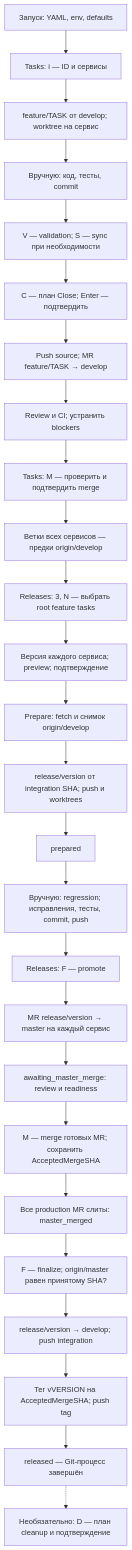
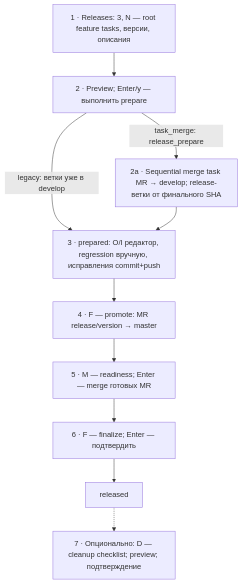
One commit to D1ssolve/wtui changed the second of 3 diagrams in docs/workflows.md. Above: the diagram before and after it, drawn with Mermaid. The commit also changed other lines of this file and 66 other files, not shown here.

First line of the commit message:
feat: implement task merge retry functionality in TUI

````diff
--- a/docs/workflows.md
+++ b/docs/workflows.md
@@ -23,28 +37,12 @@
 ```mermaid
 flowchart TD
-    A["Запуск: YAML, env, defaults"] --> B["Tasks: i — ID и сервисы"]
-    B --> C["feature/TASK от develop; worktree на сервис"]
-    C --> D["Вручную: код, тесты, commit"]
-    D --> E["V — validation; S — sync при необходимости"]
-    E --> F["C — план Close; Enter — подтвердить"]
-    F --> G["Push source; MR feature/TASK → develop"]
-    G --> H["Review и CI; устранить blockers"]
-    H --> I["Tasks: M — проверить и подтвердить merge"]
-    I --> J["Ветки всех сервисов — предки origin/develop"]
-    J --> K["Releases: 3, N — выбрать root feature tasks"]
-    K --> L["Версия каждого сервиса; preview; подтверждение"]
-    L --> M["Prepare: fetch и снимок origin/develop"]
-    M --> N["release/version от integration SHA; push и worktrees"]
-    N --> O["prepared"]
-    O --> P["Вручную: regression; исправления, тесты, commit, push"]
-    P --> Q["Releases: F — promote"]
-    Q --> R["MR release/version → master на каждый сервис"]
-    R --> S["awaiting_master_merge: review и readiness"]
-    S --> T["M — merge готовых MR; сохранить AcceptedMergeSHA"]
-    T --> U["Все production MR слиты: master_merged"]
-    U --> V["F — finalize; origin/master равен принятому SHA?"]
-    V --> W["release/version → develop; push integration"]
-    W --> X["Тег vVERSION на AcceptedMergeSHA; push tag"]
-    X --> Y["released — Git-процесс завершён"]
-    Y -.-> Z["Необязательно: D — план cleanup и подтверждение"]
+    R1["1 · Releases: 3, N — root feature tasks, версии, описания"] --> R2["2 · Preview; Enter/y — выполнить prepare"]
+    R2 -->|"legacy: ветки уже в develop"| R3["3 · prepared: O/I редактор, regression вручную, исправления commit+push"]
+    R2 -->|"task_merge: release_prepare"| R2M["2a · Sequential merge task MR → develop; release-ветки от финального SHA"]
+    R2M --> R3
+    R3 --> R4["4 · F — promote: MR release/version → master"]
+    R4 --> R5["5 · M — readiness; Enter — merge готовых MR"]
+    R5 --> R6["6 · F — finalize; Enter — подтвердить"]
+    R6 --> R7["released"]
+    R7 -.-> R8["7 · Опционально: D — cleanup checklist; preview; подтверждение"]
 ```
````
